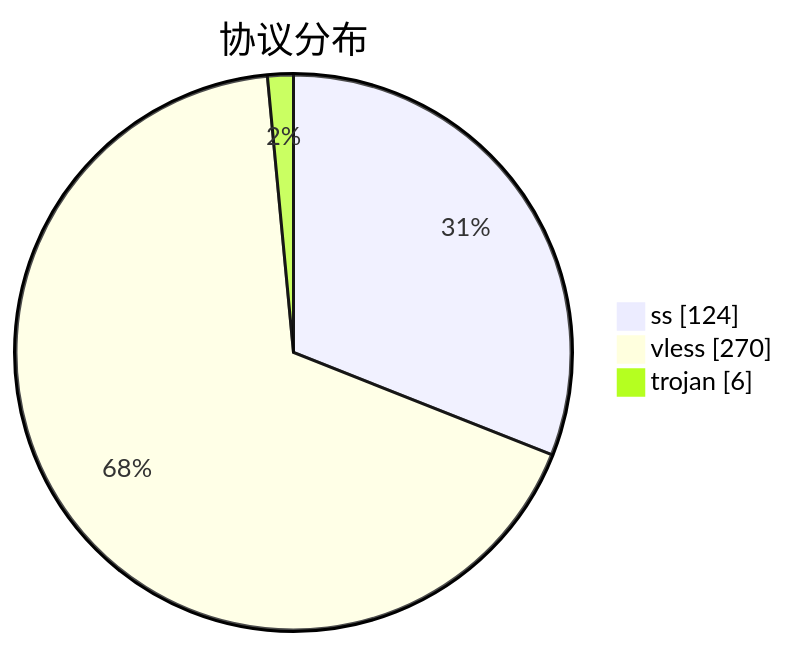
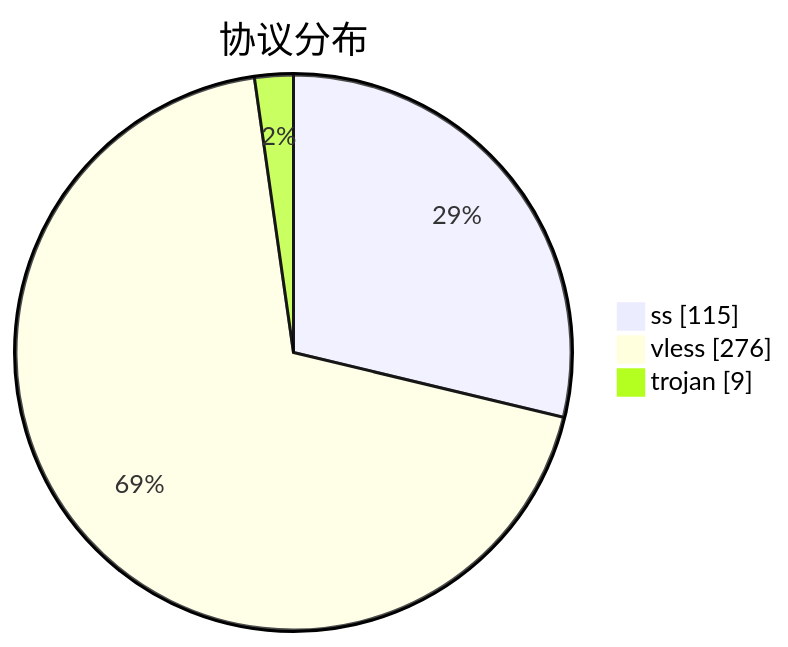
The third of 3 diagrams in subs/statistics/tested_within.md (qjlxg/airport), drawn with Mermaid before and after one commit. The commit also changed other lines of this file and 2 other files, not shown here.

````diff
--- a/subs/statistics/tested_within.md
+++ b/subs/statistics/tested_within.md
@@ -19,7 +17,7 @@
 ```mermaid
 pie showData
 title 协议分布
-"ss" : 124
-"vless" : 270
-"trojan" : 6
+"ss" : 115
+"vless" : 276
+"trojan" : 9
 ```
````
